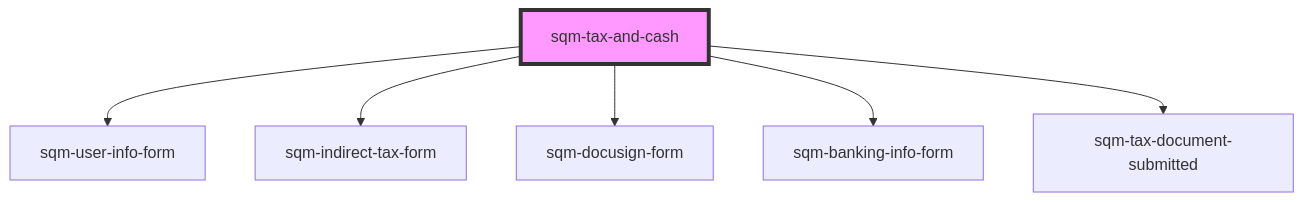
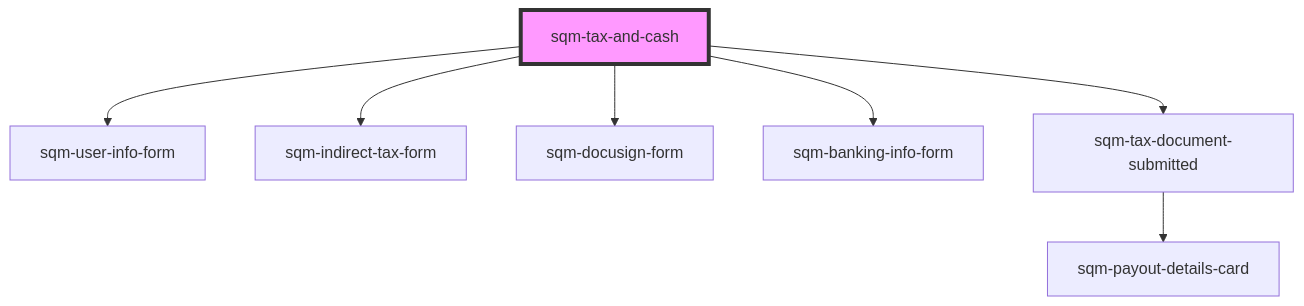
One commit to saasquatch/program-tools changed the diagram in packages/mint-components/src/components/tax-and-cash/sqm-tax-and-cash/readme.md. Above: the diagram before and after it, drawn with Mermaid. The commit also changed other lines of this file and 12 other files, not shown here.

````diff
--- a/packages/mint-components/src/components/tax-and-cash/sqm-tax-and-cash/readme.md
+++ b/packages/mint-components/src/components/tax-and-cash/sqm-tax-and-cash/readme.md
@@ -136,9 +140,10 @@
 ```mermaid
 graph TD;
   sqm-tax-and-cash --> sqm-user-info-form
   sqm-tax-and-cash --> sqm-indirect-tax-form
   sqm-tax-and-cash --> sqm-docusign-form
   sqm-tax-and-cash --> sqm-banking-info-form
   sqm-tax-and-cash --> sqm-tax-document-submitted
+  sqm-tax-document-submitted --> sqm-payout-details-card
   style sqm-tax-and-cash fill:#f9f,stroke:#333,stroke-width:4px
 ```
````
